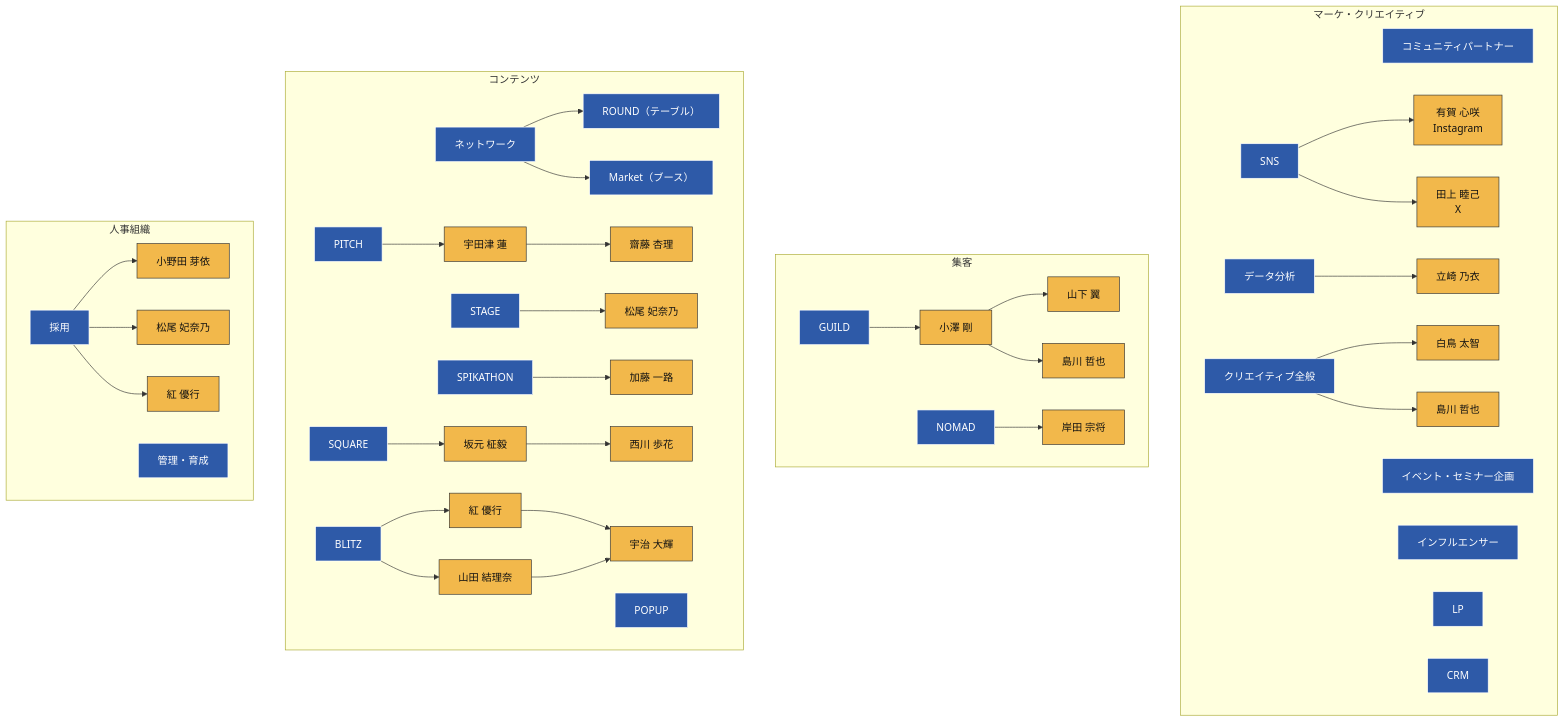
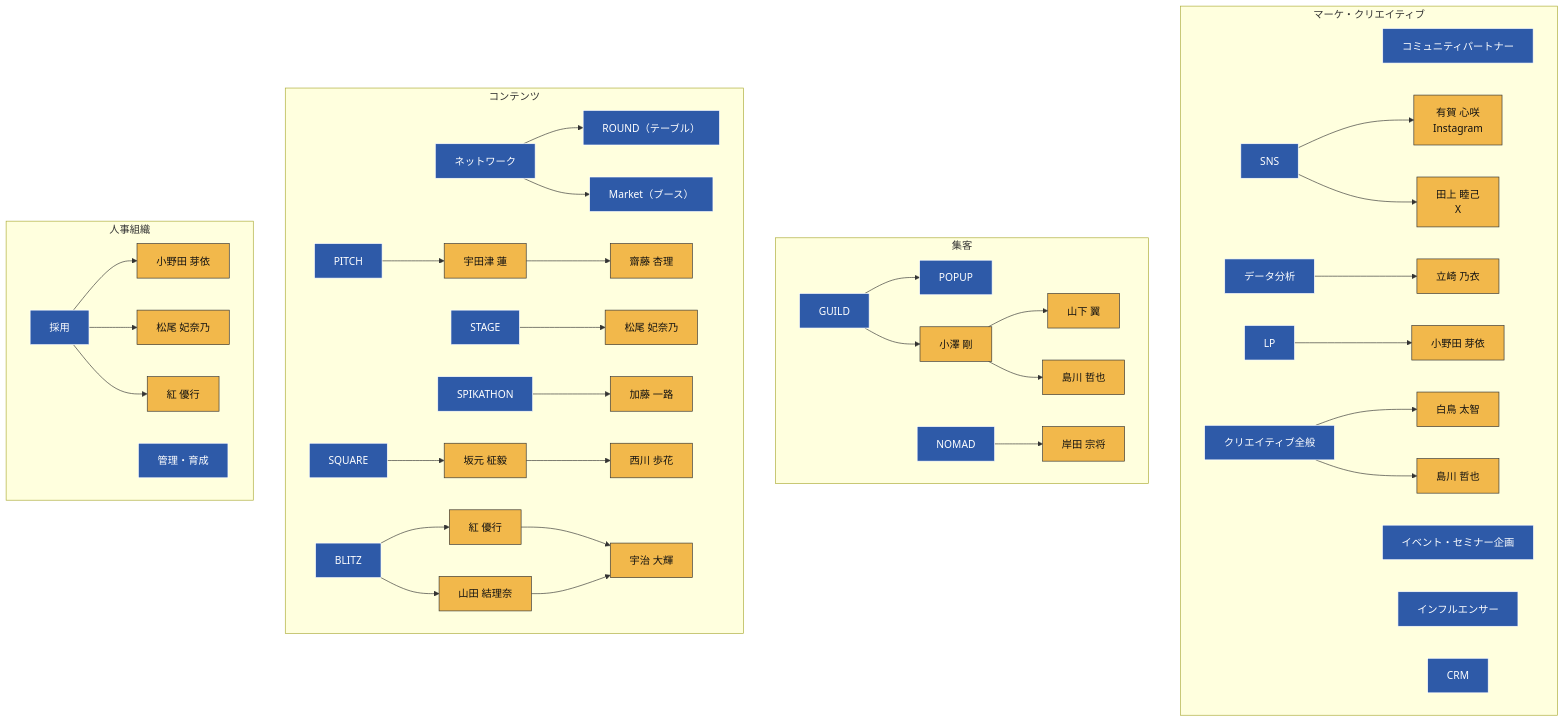
The second of 2 diagrams in spikes-org-chart.md (liofval/spikes_hr), drawn with Mermaid before and after one commit. The commit also changed other lines of this file and 1 other file, not shown here.

Commit message:
担当者マップ・組織図の細部更新
- 担当者マップ: LP→小野田、POPUPをGUILD配下（集客）に移動
- 組織図: 立崎の役割を「マーケ全般／データ分析」に拡張

````diff
--- a/spikes-org-chart.md
+++ b/spikes-org-chart.md
@@ -70,63 +70,64 @@
 ```mermaid
 graph TD
     subgraph SG_MC ["マーケ・クリエイティブ"]
       CP[コミュニティパートナー]
       SNS[SNS]
       DATA[データ分析]
       EV[イベント・セミナー企画]
       INF[インフルエンサー]
       LP[LP]
       CRM[CRM]
       CREATIVE[クリエイティブ全般]
       SNS --> Aruga2[有賀 心咲<br/>Instagram]
       SNS --> Tagami2[田上 睦己<br/>X]
       DATA --> Tatsuzaki2[立崎 乃衣]
+      LP --> Onoda3[小野田 芽依]
       CREATIVE --> Shiratori2[白鳥 太智]
       CREATIVE --> Shimakawa3[島川 哲也]
     end
 
     subgraph SG_PROMO ["集客"]
       GUILD[GUILD]
       NOMAD[NOMAD]
+      GUILD --> POPUP[POPUP]
       GUILD --> Ozawa2[小澤 剛]
       Ozawa2 --> Yamashita2[山下 翼]
       Ozawa2 --> Shimakawa2[島川 哲也]
       NOMAD --> Kishida2[岸田 宗将]
     end
 
     subgraph SG_CONT ["コンテンツ"]
       PITCH[PITCH]
       STAGE[STAGE]
       SPIKATHON[SPIKATHON]
       SQUARE[SQUARE]
       BLITZ[BLITZ]
       NW[ネットワーク]
       NW --> ROUND["ROUND（テーブル）"]
       NW --> MARKET["Market（ブース）"]
-      POPUP[POPUP]
 
       PITCH --> Udatsu2[宇田津 蓮]
       Udatsu2 --> Saito2[齋藤 杏理]
       STAGE --> Matsuo2[松尾 妃奈乃]
       SPIKATHON --> Kato2[加藤 一路]
       SQUARE --> Sakamoto2[坂元 柾毅]
       Sakamoto2 --> Nishikawa2[西川 歩花]
       BLITZ --> Kurenai2[紅 優行]
       BLITZ --> Yamada2[山田 結理奈]
       Kurenai2 --> Uji2[宇治 大輝]
       Yamada2 --> Uji2
     end
 
     subgraph SG_HR ["人事組織"]
       RECRUIT[採用]
       GROW[管理・育成]
       RECRUIT --> Onoda2[小野田 芽依]
       RECRUIT --> Matsuo3[松尾 妃奈乃]
       RECRUIT --> Kurenai3[紅 優行]
     end
 
     classDef role fill:#2e5aa8,stroke:#fff,color:#fff;
     classDef person fill:#f2b84b,stroke:#333,color:#111;
     class CP,SNS,DATA,EV,INF,LP,CRM,GUILD,NOMAD,CREATIVE,PITCH,STAGE,SPIKATHON,NW,SQUARE,BLITZ,ROUND,MARKET,POPUP,RECRUIT,GROW role;
-    class Aruga2,Tagami2,Tatsuzaki2,Ozawa2,Yamashita2,Shimakawa2,Shimakawa3,Kishida2,Shiratori2,Udatsu2,Saito2,Matsuo2,Matsuo3,Kato2,Sakamoto2,Nishikawa2,Kurenai2,Kurenai3,Yamada2,Onoda2,Uji2 person;
+    class Aruga2,Tagami2,Tatsuzaki2,Ozawa2,Yamashita2,Shimakawa2,Shimakawa3,Kishida2,Shiratori2,Udatsu2,Saito2,Matsuo2,Matsuo3,Kato2,Sakamoto2,Nishikawa2,Kurenai2,Kurenai3,Yamada2,Onoda2,Onoda3,Uji2 person;
 ```
````
